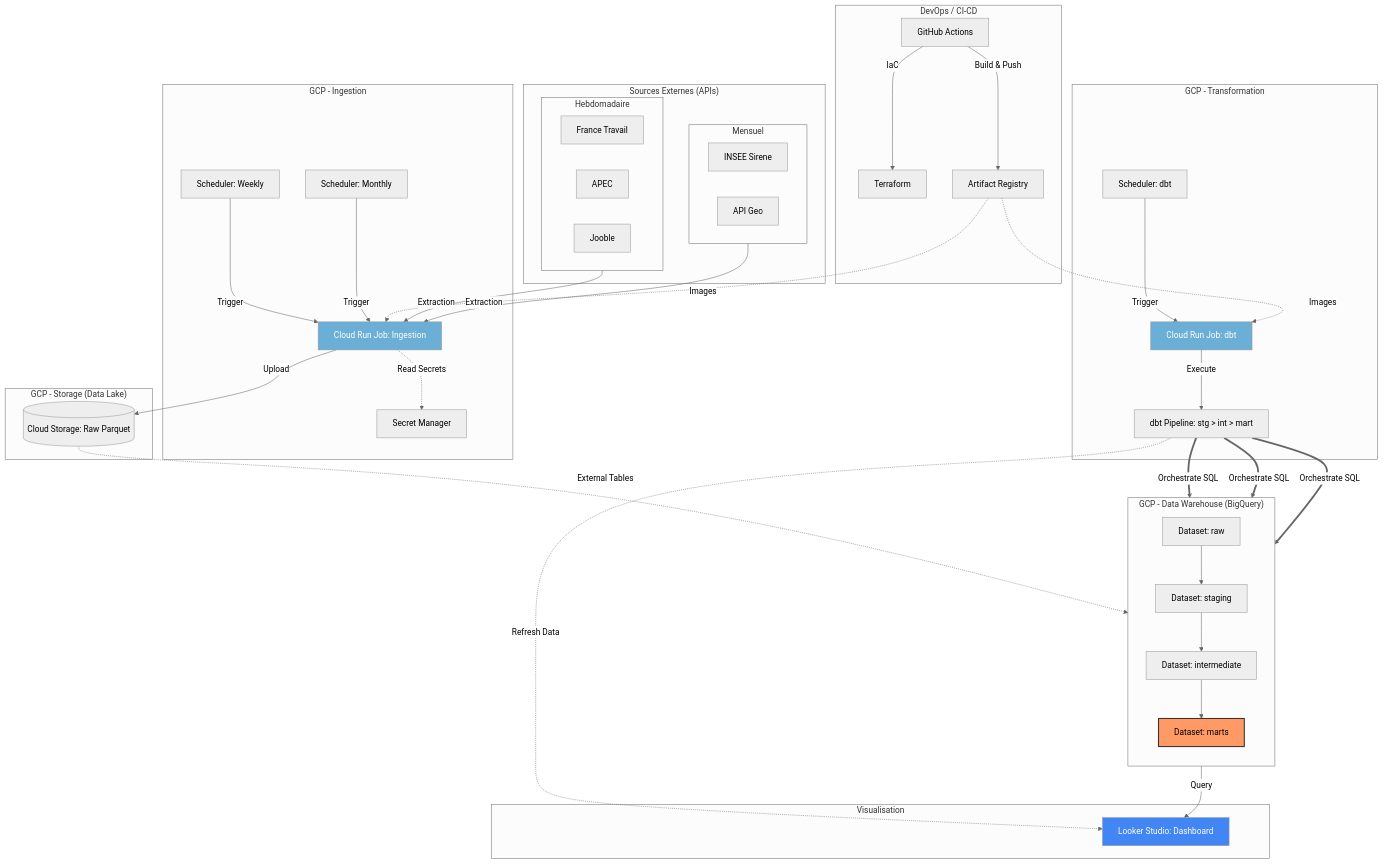
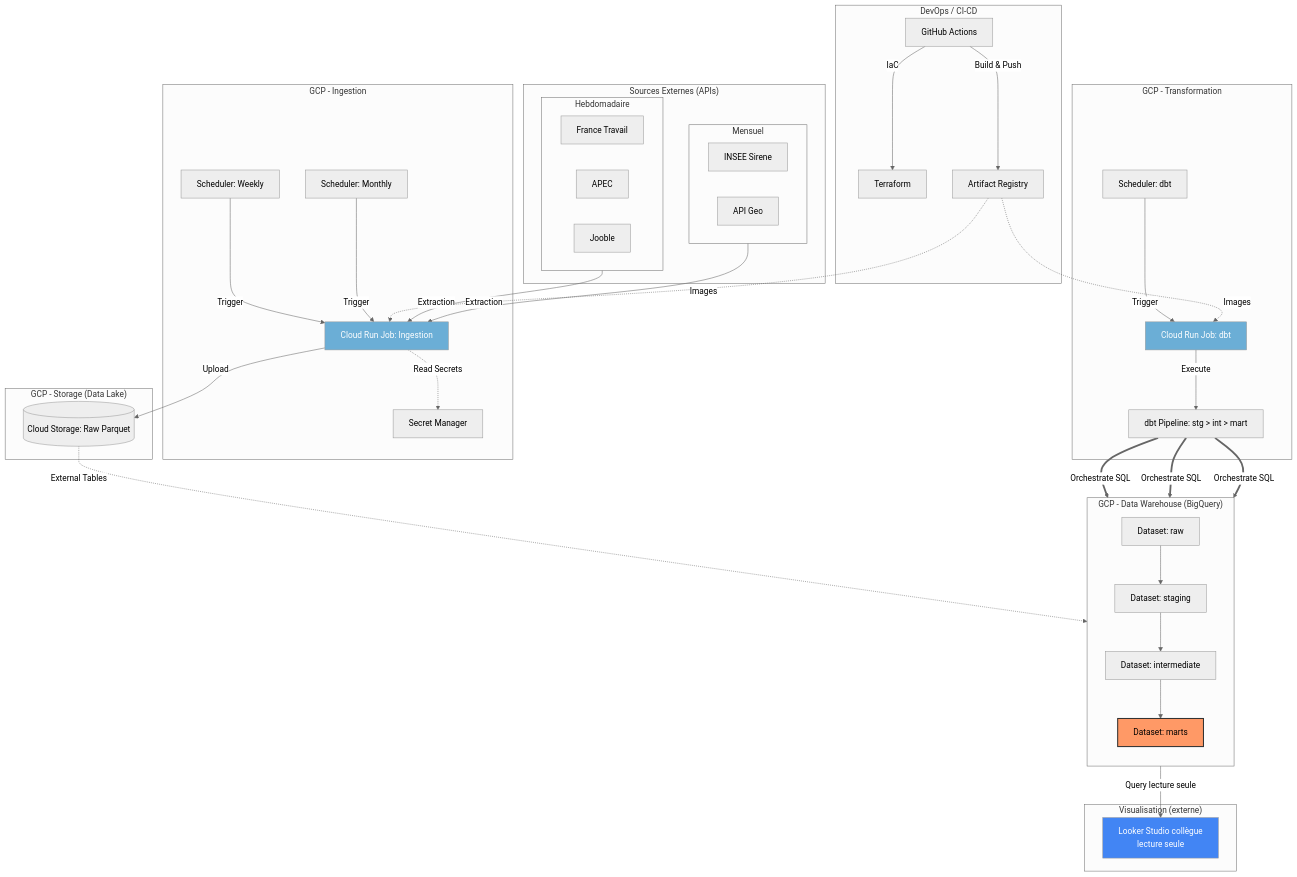
Before and after one commit to AFlo59/Cartographie-Marche-Data-Engineer: the diagram in docs/architecture.md, drawn with Mermaid (neutral theme). The commit also changed other lines of this file and 14 other files, not shown here.

```diff
--- a/docs/architecture.md
+++ b/docs/architecture.md
@@ -68,13 +68,12 @@
     DBT_P ==> |Orchestrate SQL| BQ_INT
     DBT_P ==> |Orchestrate SQL| BQ_MRT
 
-    %% Visualisation
-    subgraph VISUAL ["Visualisation"]
-        LS[Looker Studio: Dashboard]
+    %% Visualisation (externe au projet)
+    subgraph VISUAL ["Visualisation (externe)"]
+        LS[Looker Studio collègue<br/>lecture seule]
     end
 
-    BQ_MRT --> |Query| LS
-    DBT_P -.-> |Refresh Data| LS
+    BQ_MRT --> |Query lecture seule| LS
 
     %% DevOps (CI/CD)
     subgraph DEVOPS ["DevOps / CI-CD"]
```
